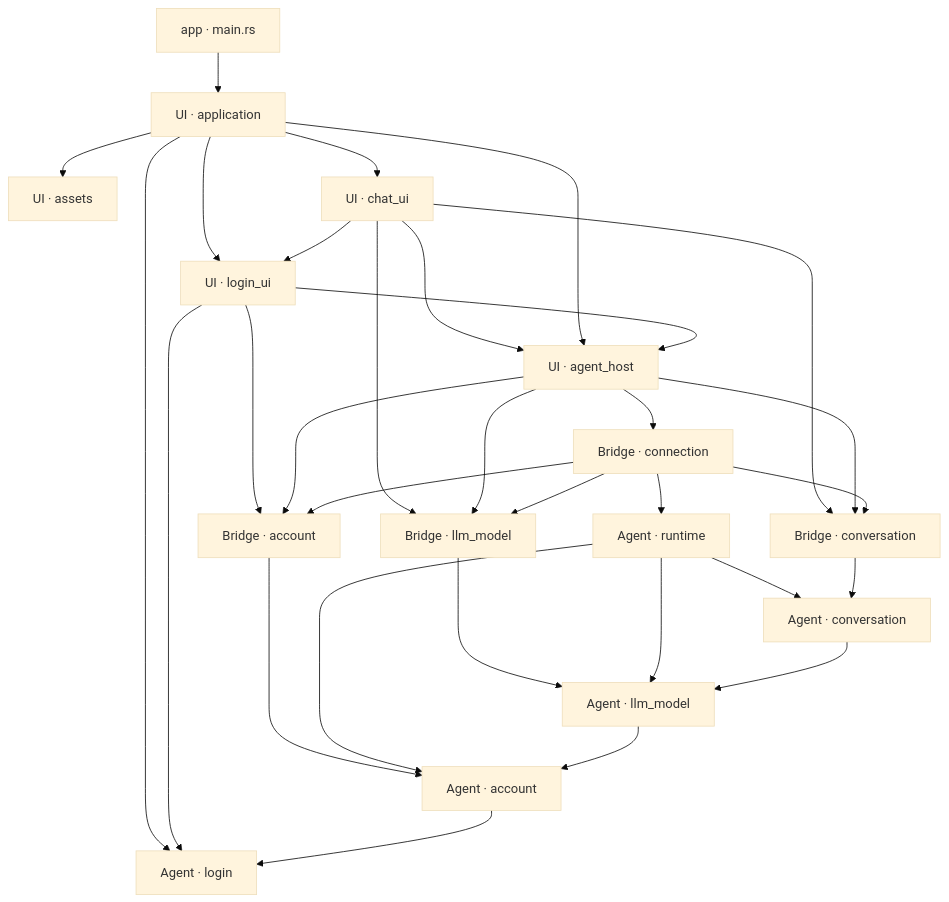
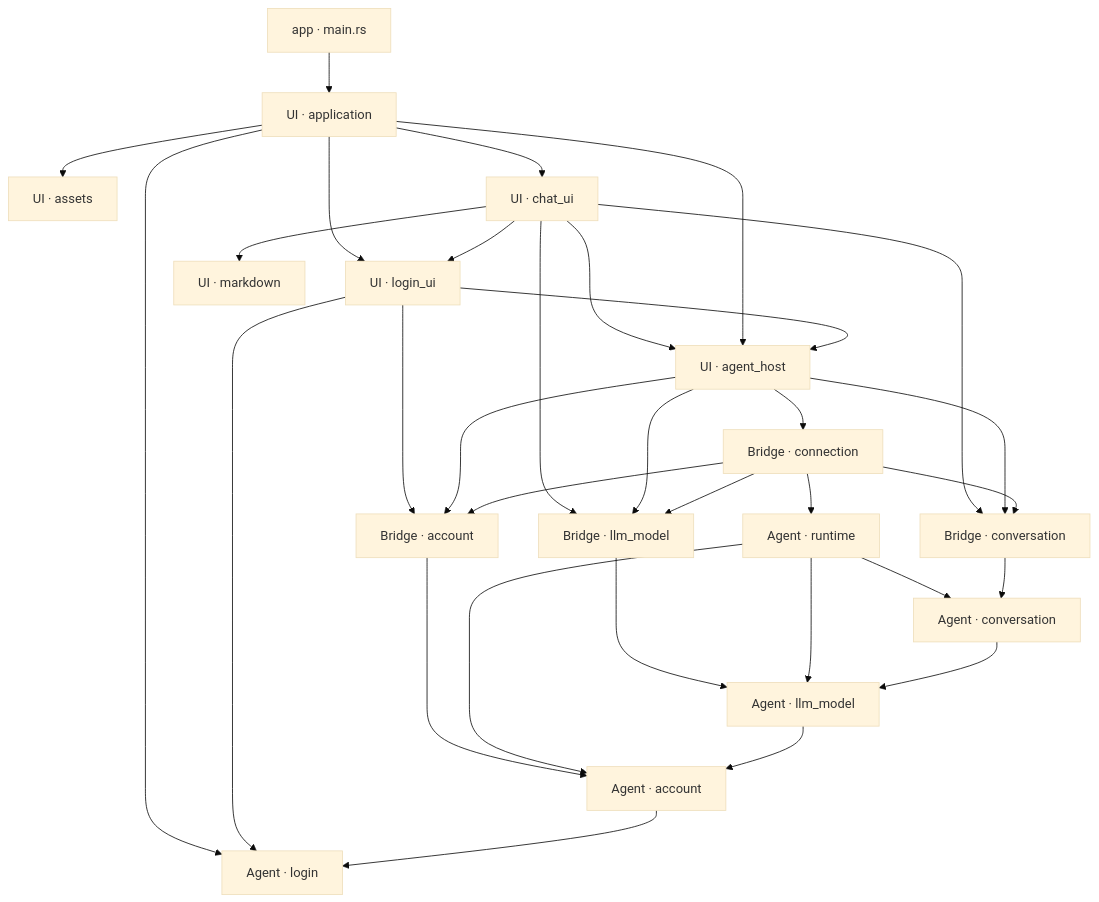
Before and after one commit to slc90/Agentelier: the first of 3 diagrams in docs/design/architecture.md, drawn with Mermaid (base theme). The commit also changed other lines of this file and 17 other files, not shown here.

````diff
--- a/docs/design/architecture.md
+++ b/docs/design/architecture.md
@@ -28,33 +29,34 @@
 ```mermaid
 flowchart TD
     Entry["app · main.rs"] --> App["UI · application"]
     App --> UI["UI · login_ui"]
     App --> Assets["UI · assets"]
     App --> Login["Agent · login"]
     UI --> Login
     App --> ChatUI["UI · chat_ui"]
+    ChatUI --> Markdown["UI · markdown"]
     ChatUI --> UI
     ChatUI --> Host
     App --> Host["UI · agent_host"]
     UI --> Host
     Host --> Connection["Bridge · connection"]
     UI --> AccountBridge["Bridge · account"]
     ChatUI --> ModelBridge["Bridge · llm_model"]
     ChatUI --> ConversationBridge["Bridge · conversation"]
     Host --> AccountBridge
     Host --> ModelBridge
     Host --> ConversationBridge
     Connection --> Runtime["Agent · runtime"]
     Connection --> AccountBridge
     Connection --> ModelBridge
     Connection --> ConversationBridge
     AccountBridge --> Account["Agent · account"]
     ModelBridge --> Model["Agent · llm_model"]
     Runtime --> Account
     Runtime --> Model
     Runtime --> Conversation["Agent · conversation"]
     Conversation --> Model
     ConversationBridge --> Conversation
     Model --> Account
     Account --> Login
 ```
````
